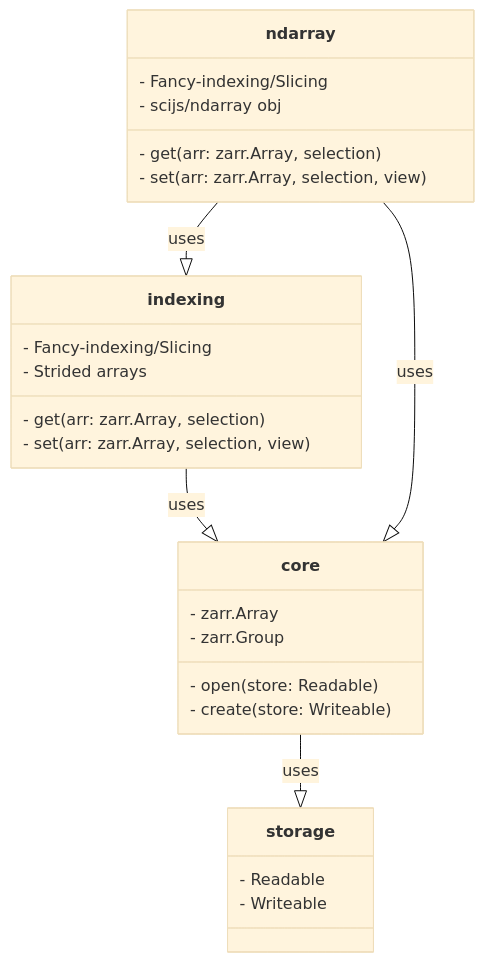
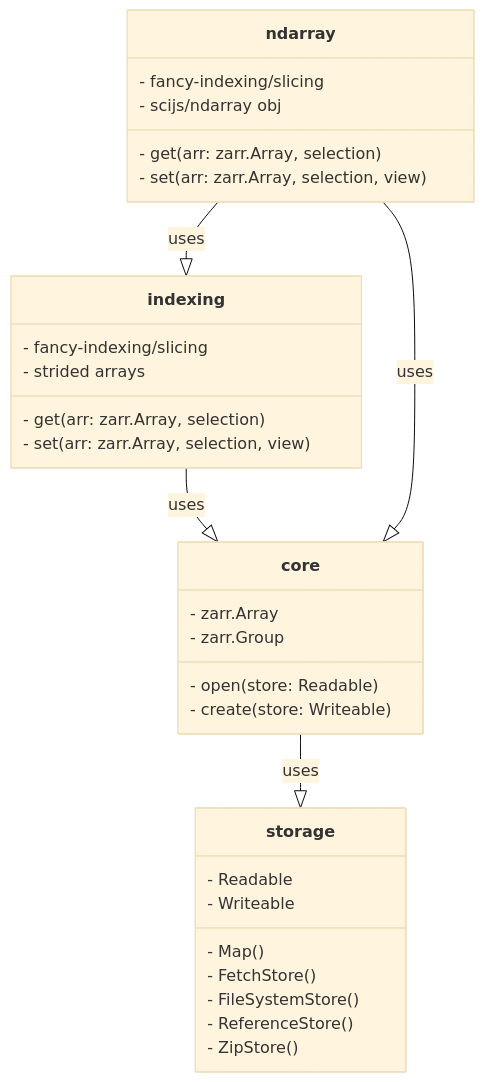
Before and after one commit to manzt/zarrita.js: the diagram in README.md, drawn with Mermaid (base theme).

````diff
--- a/README.md
+++ b/README.md
@@ -52,33 +52,38 @@
 ```mermaid
 classDiagram
     indexing --|> core : uses
     ndarray --|> indexing : uses
     ndarray --|> core : uses
     core --|> storage : uses
 
     class indexing {
         - get(arr: zarr.Array, selection)
         - set(arr: zarr.Array, selection, view)
-        - Fancy-indexing/Slicing
-        - Strided arrays
+        - fancy-indexing/slicing
+        - strided arrays
     }
 
     class ndarray {
         - get(arr: zarr.Array, selection)
         - set(arr: zarr.Array,  selection, view)
-        - Fancy-indexing/Slicing
+        - fancy-indexing/slicing
         - scijs/ndarray obj
     }
 
     class core {
         - open(store: Readable)
         - create(store: Writeable)
         - zarr.Array
         - zarr.Group
     }
 
     class storage {
         - Readable
         - Writeable
+        - Map()
+        - FetchStore()
+        - FileSystemStore()
+        - ReferenceStore()
+        - ZipStore()
     }
 ```
````
